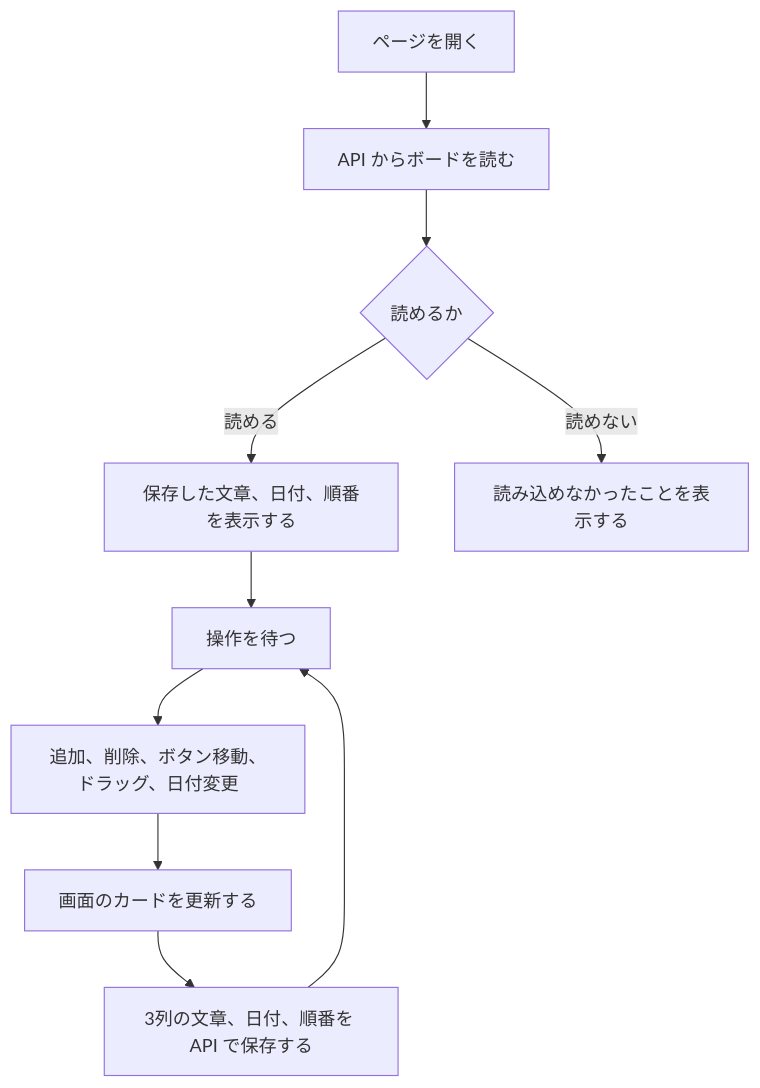
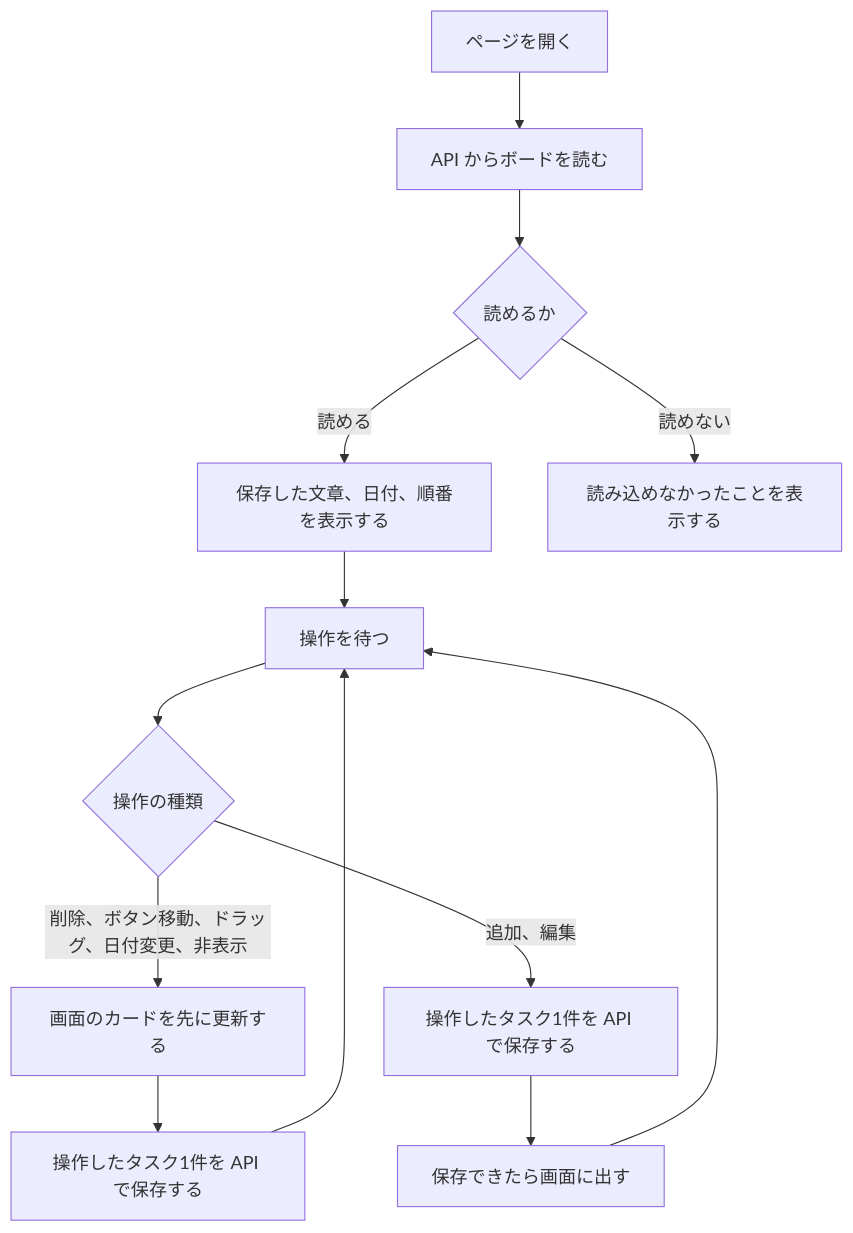
Before and after one commit to mako-19960920/TaskManagement: the second of 2 diagrams in docs/requirements.md, drawn with Mermaid. The commit also changed other lines of this file and 5 other files, not shown here.

````diff
--- a/docs/requirements.md
+++ b/docs/requirements.md
@@ -55,12 +56,15 @@
 ```mermaid
 flowchart TD
   open["ページを開く"] --> read["API からボードを読む"]
   read --> check{"読めるか"}
   check -->|読める| restore["保存した文章、日付、順番を表示する"]
   check -->|読めない| failed["読み込めなかったことを表示する"]
   restore --> wait["操作を待つ"]
-  wait --> action["追加、削除、ボタン移動、ドラッグ、日付変更"]
-  action --> view["画面のカードを更新する"]
-  view --> store["3列の文章、日付、順番を API で保存する"]
+  wait --> kind{"操作の種類"}
+  kind -->|"削除、ボタン移動、ドラッグ、日付変更、非表示"| view["画面のカードを先に更新する"]
+  view --> store["操作したタスク1件を API で保存する"]
+  kind -->|"追加、編集"| save["操作したタスク1件を API で保存する"]
+  save --> show["保存できたら画面に出す"]
   store --> wait
+  show --> wait
 ```
````
